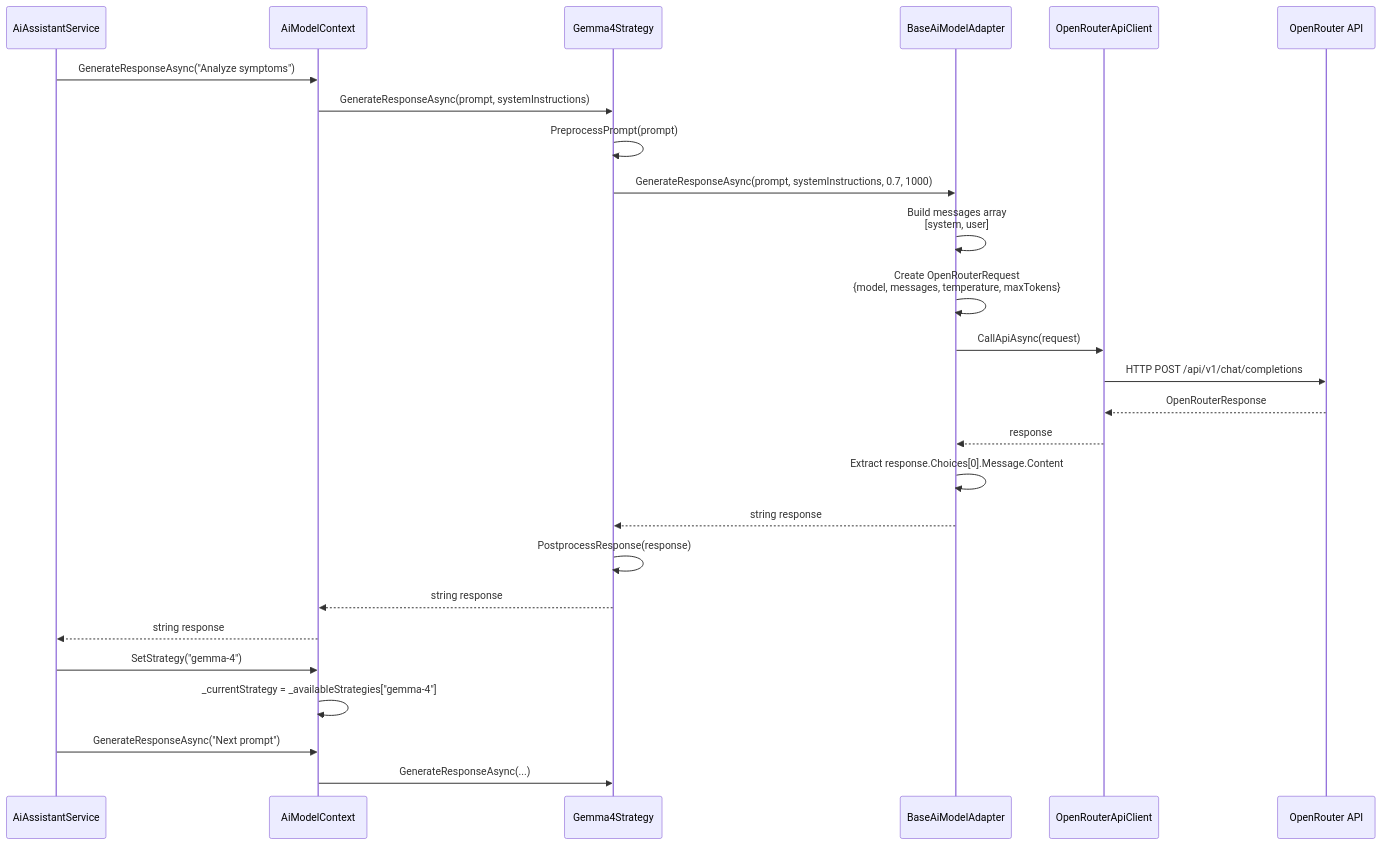
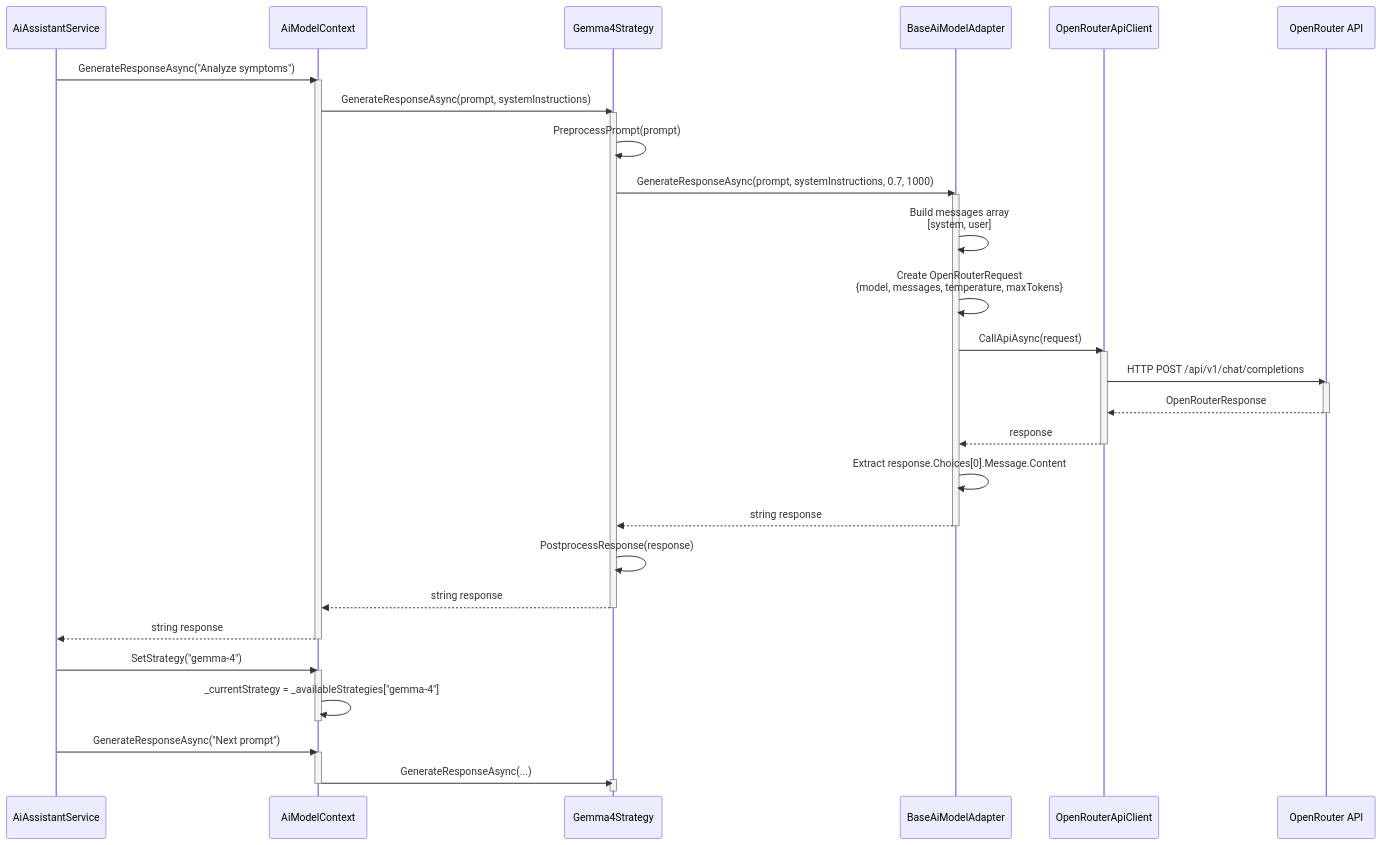
The eighth of 12 diagrams in DESIGN_PATTERNS_PROFESSIONAL.md (WeiXuan-C/ai-clinic), drawn with Mermaid before and after one commit. The commit also changed other lines of this file and 17 other files, not shown here.

````diff
--- a/DESIGN_PATTERNS_PROFESSIONAL.md
+++ b/DESIGN_PATTERNS_PROFESSIONAL.md
@@ -1276,41 +1318,57 @@
 ```mermaid
 sequenceDiagram
     participant Client as AiAssistantService
     participant Context as AiModelContext
     participant Strategy as Gemma4Strategy
     participant Adapter as BaseAiModelAdapter
     participant API as OpenRouterApiClient
     participant External as OpenRouter API
     
     Client->>Context: GenerateResponseAsync("Analyze symptoms")
+    activate Context
     
     Context->>Strategy: GenerateResponseAsync(prompt, systemInstructions)
+    activate Strategy
     
     Strategy->>Strategy: PreprocessPrompt(prompt)
     
     Strategy->>Adapter: GenerateResponseAsync(prompt, systemInstructions, 0.7, 1000)
+    activate Adapter
     
     Adapter->>Adapter: Build messages array<br/>[system, user]
     
     Adapter->>Adapter: Create OpenRouterRequest<br/>{model, messages, temperature, maxTokens}
     
     Adapter->>API: CallApiAsync(request)
+    activate API
     API->>External: HTTP POST /api/v1/chat/completions
+    activate External
     External-->>API: OpenRouterResponse
+    deactivate External
     API-->>Adapter: response
+    deactivate API
     
     Adapter->>Adapter: Extract response.Choices[0].Message.Content
     
     Adapter-->>Strategy: string response
+    deactivate Adapter
     
     Strategy->>Strategy: PostprocessResponse(response)
     
     Strategy-->>Context: string response
+    deactivate Strategy
     Context-->>Client: string response
+    deactivate Context
     
     Client->>Context: SetStrategy("gemma-4")
+    activate Context
     Context->>Context: _currentStrategy = _availableStrategies["gemma-4"]
+    deactivate Context
     
     Client->>Context: GenerateResponseAsync("Next prompt")
+    activate Context
     Context->>Strategy: GenerateResponseAsync(...)
+    activate Strategy
+    deactivate Strategy
+    deactivate Context
 ```
````
